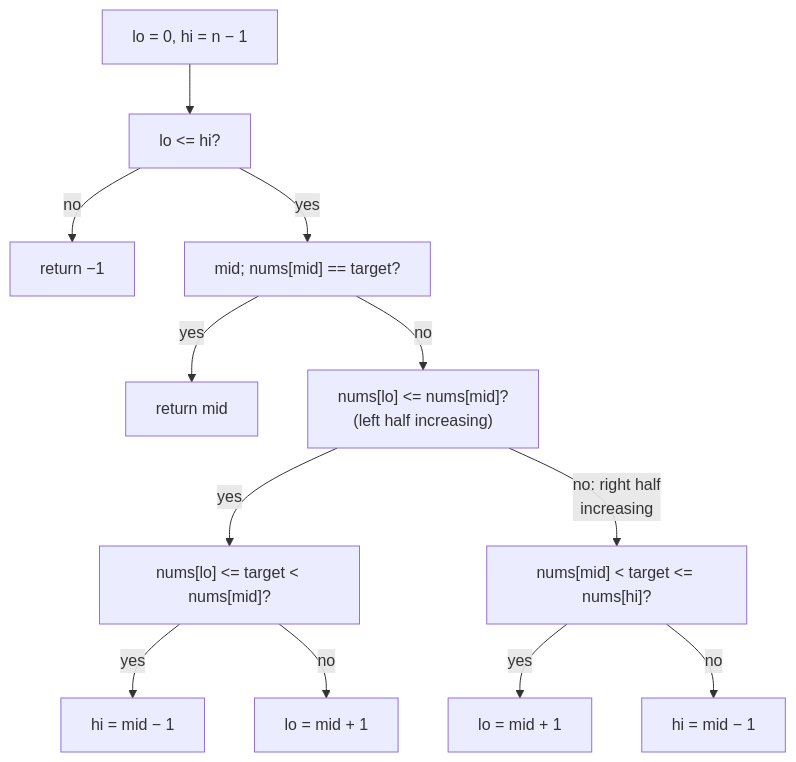
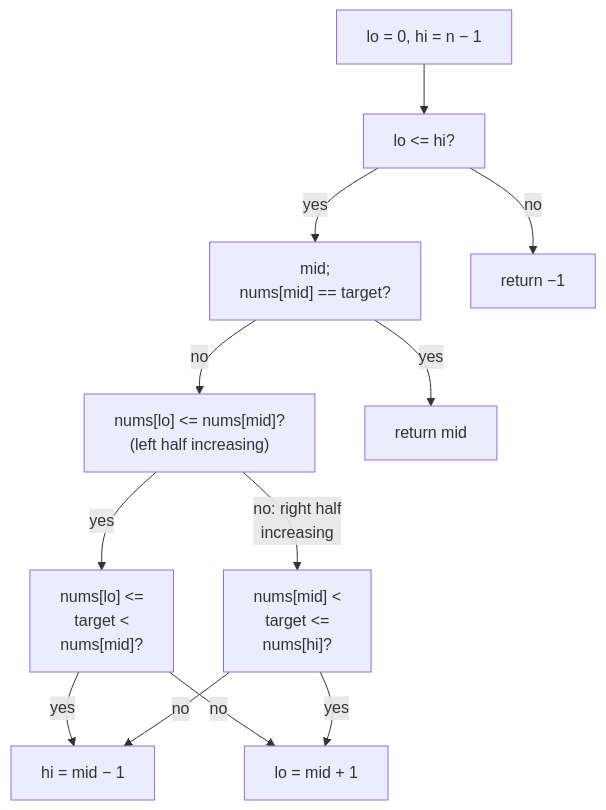
One commit to duongbui234/software-engineering-atlas changed the diagram in content/en/problems/search-in-rotated-sorted-array.md. Above: the diagram before and after it, drawn with Mermaid. The commit also changed 134 other files, not shown here.

First line of the commit message:
Fit every Mermaid diagram at 390px without sideways scroll (#56)

````diff
--- a/content/en/problems/search-in-rotated-sorted-array.md
+++ b/content/en/problems/search-in-rotated-sorted-array.md
@@ -49,14 +49,14 @@
 ```mermaid
 flowchart TB
   A["lo = 0, hi = n − 1"] --> B["lo <= hi?"]
+  B -->|"yes"| C["mid;<br/>nums[mid] == target?"]
   B -->|"no"| Z["return −1"]
-  B -->|"yes"| C["mid; nums[mid] == target?"]
+  C -->|"no"| D["nums[lo] <= nums[mid]?<br/>(left half increasing)"]
   C -->|"yes"| Y["return mid"]
-  C -->|"no"| D["nums[lo] <= nums[mid]?<br/>(left half increasing)"]
-  D -->|"yes"| E["nums[lo] <= target < nums[mid]?"]
-  E -->|"yes"| E1["hi = mid − 1"]
-  E -->|"no"| E2["lo = mid + 1"]
-  D -->|"no: right half<br/>increasing"| F["nums[mid] < target <= nums[hi]?"]
-  F -->|"yes"| F1["lo = mid + 1"]
-  F -->|"no"| F2["hi = mid − 1"]
+  D -->|"yes"| E["nums[lo] <=<br/>target <<br/>nums[mid]?"]
+  D -->|"no: right half<br/>increasing"| F["nums[mid] <<br/>target <=<br/>nums[hi]?"]
+  E -->|"yes"| H["hi = mid − 1"]
+  E -->|"no"| L["lo = mid + 1"]
+  F -->|"yes"| L
+  F -->|"no"| H
 ```
````
